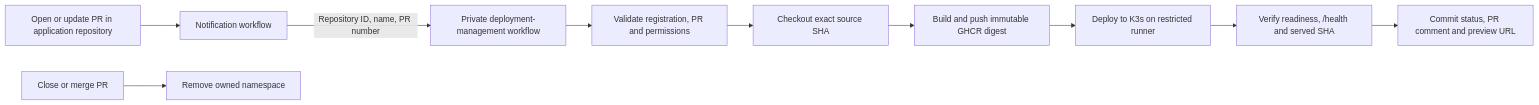
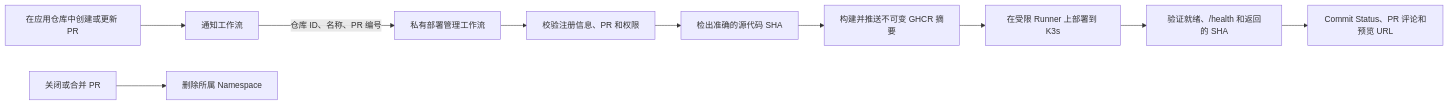
The diagram in README_CN.md (flashrick/PreviewMesh), drawn with Mermaid before and after one commit. The commit also changed other lines of this file and 5 other files, not shown here.

```diff
--- a/README_CN.md
+++ b/README_CN.md
@@ -75,12 +45,12 @@
 ~~~mermaid
 flowchart LR
-    A[Open or update PR in application repository] --> B[Notification workflow]
-    B -->|Repository ID, name, PR number| C[Private deployment-management workflow]
-    C --> D[Validate registration, PR and permissions]
-    D --> E[Checkout exact source SHA]
-    E --> F[Build and push immutable GHCR digest]
-    F --> G[Deploy to K3s on restricted runner]
-    G --> H[Verify readiness, /health and served SHA]
-    H --> I[Commit status, PR comment and preview URL]
-    A2[Close or merge PR] --> J[Remove owned namespace]
+    A[在应用仓库中创建或更新 PR] --> B[通知工作流]
+    B -->|仓库 ID、名称、PR 编号| C[私有部署管理工作流]
+    C --> D[校验注册信息、PR 和权限]
+    D --> E[检出准确的源代码 SHA]
+    E --> F[构建并推送不可变 GHCR 摘要]
+    F --> G[在受限 Runner 上部署到 K3s]
+    G --> H[验证就绪、/health 和返回的 SHA]
+    H --> I[Commit Status、PR 评论和预览 URL]
+    A2[关闭或合并 PR] --> J[删除所属 Namespace]
 ~~~
```
